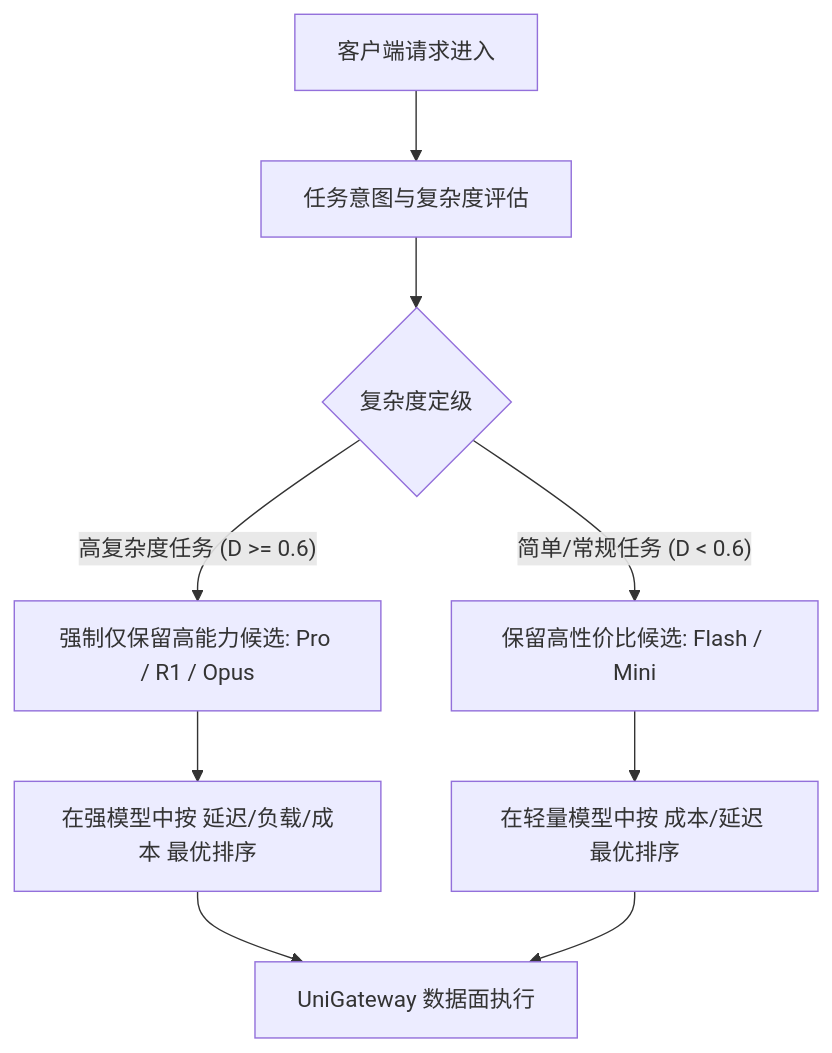
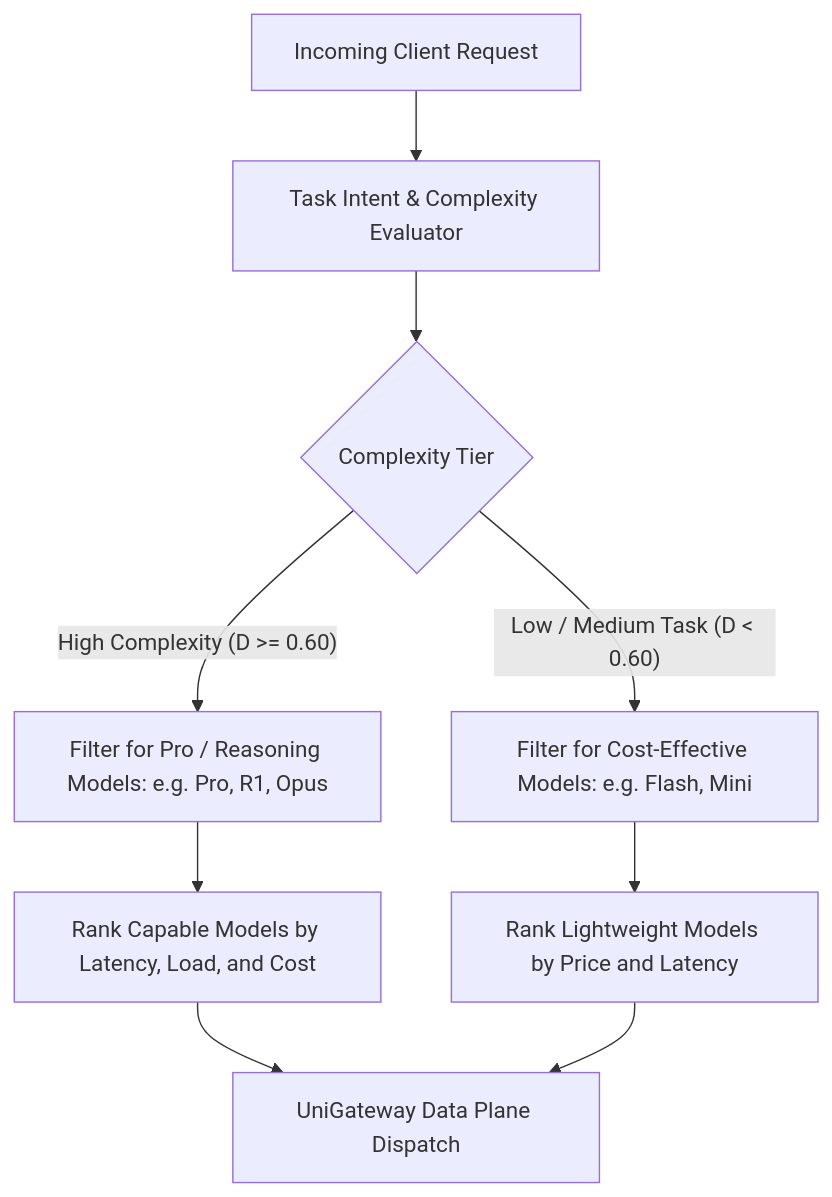
Before and after one commit to EeroEternal/SmartGate: the diagram in docs/design/intelligent_routing.md, drawn with Mermaid. The commit also changed other lines of this file and 12 other files, not shown here.

````diff
--- a/docs/design/intelligent_routing.md
+++ b/docs/design/intelligent_routing.md
@@ -21,14 +11,14 @@
 ```mermaid
 flowchart TD
-    Req[客户端请求进入] --> Diff[任务意图与复杂度评估]
-    Diff --> Gating{复杂度定级}
+    Req[Incoming Client Request] --> Diff[Task Intent & Complexity Evaluator]
+    Diff --> Gating{Complexity Tier}
 
-    Gating -- 高复杂度任务 (D >= 0.6) --> HighPool[强制仅保留高能力候选: Pro / R1 / Opus]
-    Gating -- 简单/常规任务 (D < 0.6) --> LowPool[保留高性价比候选: Flash / Mini]
+    Gating -- High Complexity (D >= 0.60) --> HighPool[Filter for Pro / Reasoning Models: e.g. Pro, R1, Opus]
+    Gating -- Low / Medium Task (D < 0.60) --> LowPool[Filter for Cost-Effective Models: e.g. Flash, Mini]
 
-    HighPool --> ScoreHigh[在强模型中按 延迟/负载/成本 最优排序]
-    LowPool --> ScoreLow[在轻量模型中按 成本/延迟 最优排序]
+    HighPool --> ScoreHigh[Rank Capable Models by Latency, Load, and Cost]
+    LowPool --> ScoreLow[Rank Lightweight Models by Price and Latency]
 
-    ScoreHigh --> Exec[UniGateway 数据面执行]
+    ScoreHigh --> Exec[UniGateway Data Plane Dispatch]
     ScoreLow --> Exec
 ```
````
